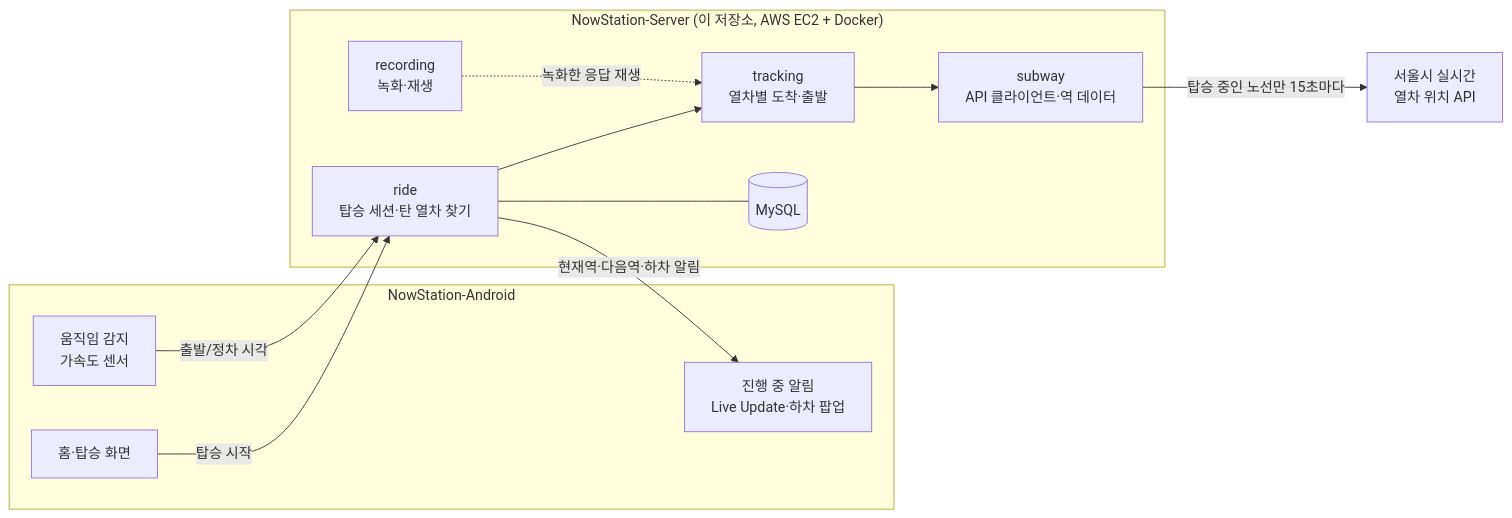
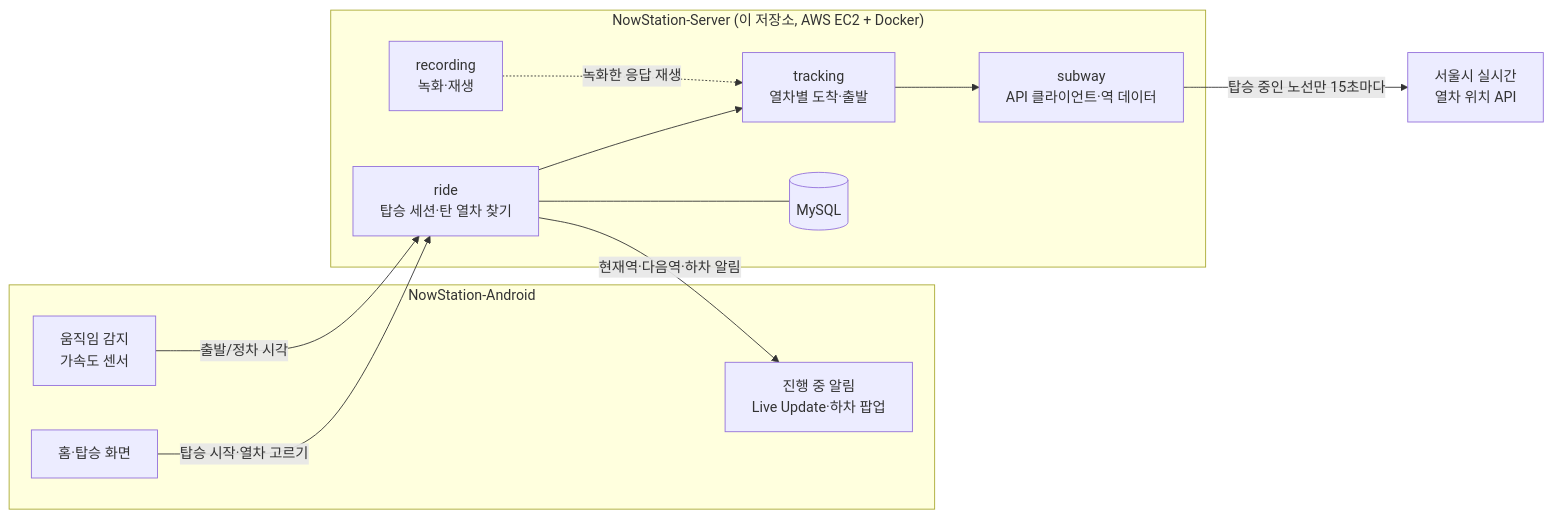
One commit to sinadsl1457/NowStation-Server changed the diagram in README.md. Above: the diagram before and after it, drawn with Mermaid. The commit also changed other lines of this file, not shown here.

````diff
--- a/README.md
+++ b/README.md
@@ -42,24 +47,24 @@
 ```mermaid
 flowchart LR
     subgraph Client["NowStation-Android"]
         A1[홈·탑승 화면]
         A2[움직임 감지<br/>가속도 센서]
         A3[진행 중 알림<br/>Live Update·하차 팝업]
     end
     subgraph Server["NowStation-Server (이 저장소, AWS EC2 + Docker)"]
         S1[ride<br/>탑승 세션·탄 열차 찾기]
         S2[tracking<br/>열차별 도착·출발]
         S3[subway<br/>API 클라이언트·역 데이터]
         S4[recording<br/>녹화·재생]
         DB[(MySQL)]
     end
     API[서울시 실시간<br/>열차 위치 API]
 
-    A1 -- 탑승 시작 --> S1
+    A1 -- 탑승 시작·열차 고르기 --> S1
     A2 -- 출발/정차 시각 --> S1
     S1 -- 현재역·다음역·하차 알림 --> A3
     S1 --> S2 --> S3
     S3 -- 탑승 중인 노선만 15초마다 --> API
     S4 -. 녹화한 응답 재생 .-> S2
     S1 --- DB
 ```
````
